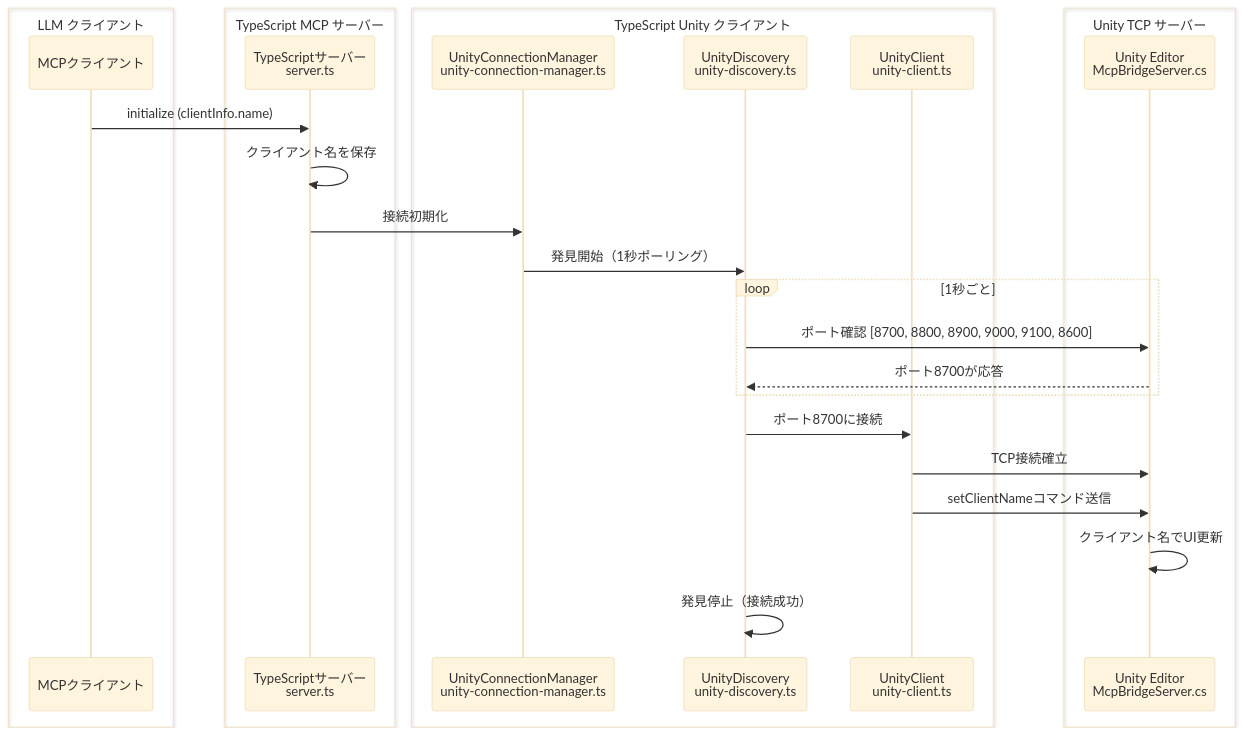
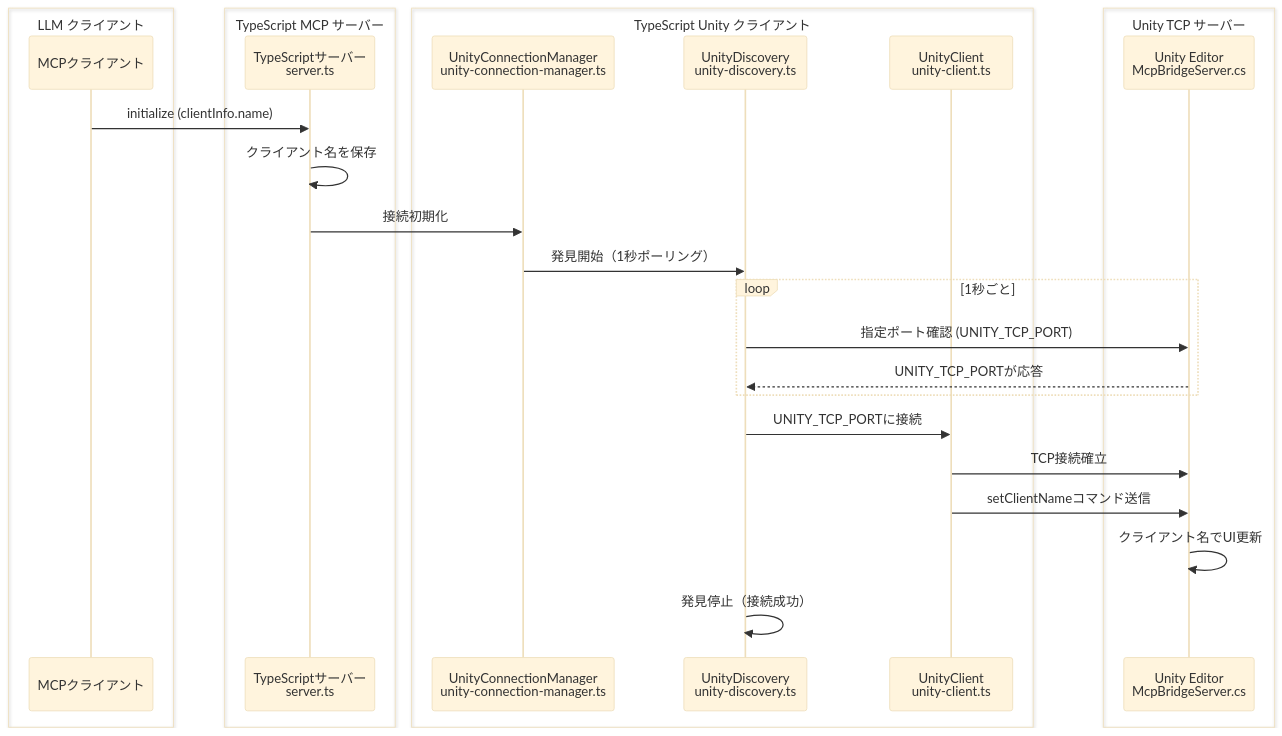
One commit to hatayama/uLoopMCP changed the sixth of 16 diagrams in Packages/src/ARCHITECTURE_ja.md. Above: the diagram before and after it, drawn with Mermaid (base theme). The commit also changed other lines of this file and 3 other files, not shown here.

Commit message:
refactor: optimize Unity discovery to use single specified port (#234)

````diff
--- a/Packages/src/ARCHITECTURE_ja.md
+++ b/Packages/src/ARCHITECTURE_ja.md
@@ -457,36 +457,36 @@
 ```mermaid
 sequenceDiagram
     box LLM クライアント
     participant MCP as MCPクライアント
     end
     
     box TypeScript MCP サーバー
     participant TS as TypeScriptサーバー<br/>server.ts
     end
     
     box TypeScript Unity クライアント
     participant UCM as UnityConnectionManager<br/>unity-connection-manager.ts
     participant UD as UnityDiscovery<br/>unity-discovery.ts
     participant UC as UnityClient<br/>unity-client.ts
     end
     
     box Unity TCP サーバー
     participant Unity as Unity Editor<br/>McpBridgeServer.cs
     end
     
     MCP->>TS: initialize (clientInfo.name)
     TS->>TS: クライアント名を保存
     TS->>UCM: 接続初期化
     UCM->>UD: 発見開始（1秒ポーリング）
     
     loop 1秒ごと
-        UD->>Unity: ポート確認 [8700, 8800, 8900, 9000, 9100, 8600]
-        Unity-->>UD: ポート8700が応答
+        UD->>Unity: 指定ポート確認 (UNITY_TCP_PORT)
+        Unity-->>UD: UNITY_TCP_PORTが応答
     end
     
-    UD->>UC: ポート8700に接続
+    UD->>UC: UNITY_TCP_PORTに接続
     UC->>Unity: TCP接続確立
     UC->>Unity: setClientNameコマンド送信
     Unity->>Unity: クライアント名でUI更新
     UD->>UD: 発見停止（接続成功）
 ```
````
